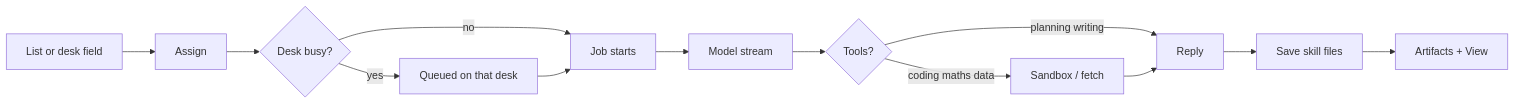
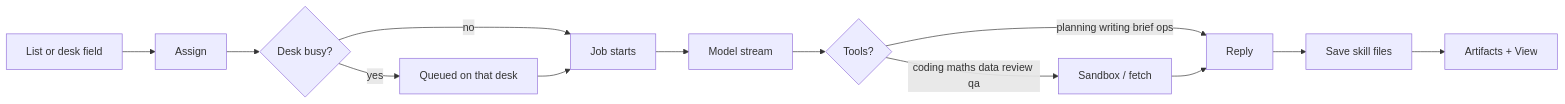
One commit to YoussiefKhalifa2003/AgentFactory changed the first of 2 diagrams in README.md. Above: the diagram before and after it, drawn with Mermaid. The commit also changed other lines of this file, not shown here.

````diff
--- a/README.md
+++ b/README.md
@@ -147,15 +154,15 @@
 ```mermaid
 flowchart LR
   A[List or desk field] --> B[Assign]
   B --> C{Desk busy?}
   C -->|yes| D[Queued on that desk]
   C -->|no| E[Job starts]
   D --> E
   E --> F[Model stream]
   F --> G{Tools?}
-  G -->|coding maths data| H[Sandbox / fetch]
-  G -->|planning writing| I[Reply]
+  G -->|coding maths data review qa| H[Sandbox / fetch]
+  G -->|planning writing brief ops| I[Reply]
   H --> I
   I --> J[Save skill files]
   J --> K[Artifacts + View]
 ```
````
